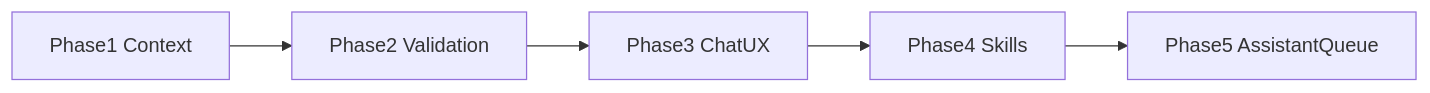
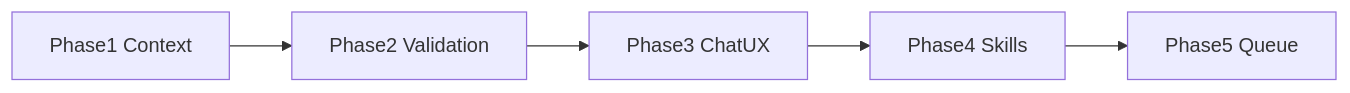
One commit to jacobziemba-dev/pc_fixer_app changed the diagram in .cursor/plans/ai_tools_roadmap_dc987c57.plan.md. Above: the diagram before and after it, drawn with Mermaid. The commit also changed other lines of this file, not shown here.

First line of the commit message:
Update AI Assistant Roadmap with evidence-based phases and improved clarity

````diff
--- a/.cursor/plans/ai_tools_roadmap_dc987c57.plan.md
+++ b/.cursor/plans/ai_tools_roadmap_dc987c57.plan.md
@@ -33,7 +67,7 @@
 ```mermaid
 flowchart LR
   P1[Phase1 Context] --> P2[Phase2 Validation]
   P2 --> P3[Phase3 ChatUX]
   P3 --> P4[Phase4 Skills]
-  P4 --> P5[Phase5 AssistantQueue]
+  P4 --> P5[Phase5 Queue]
 ```
````
